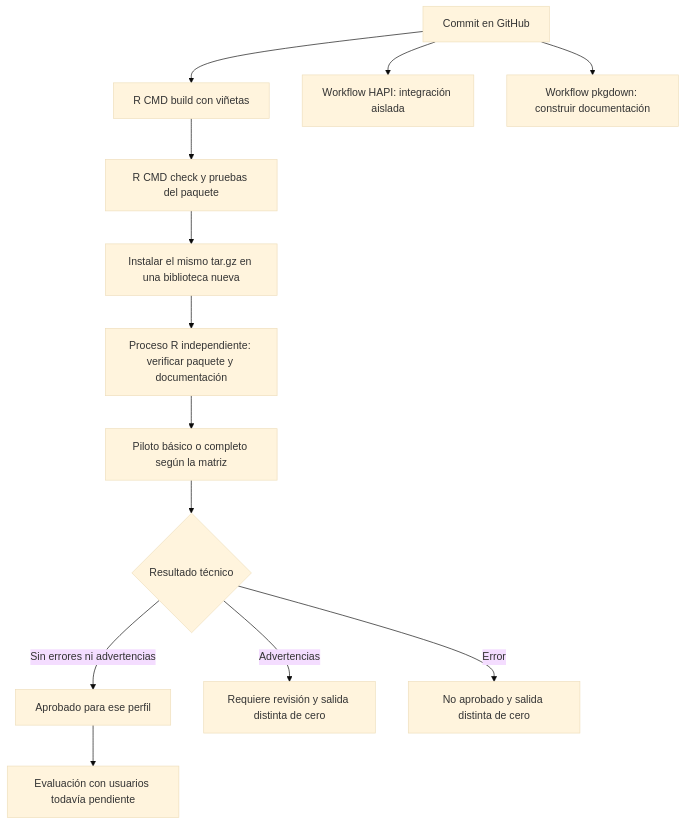
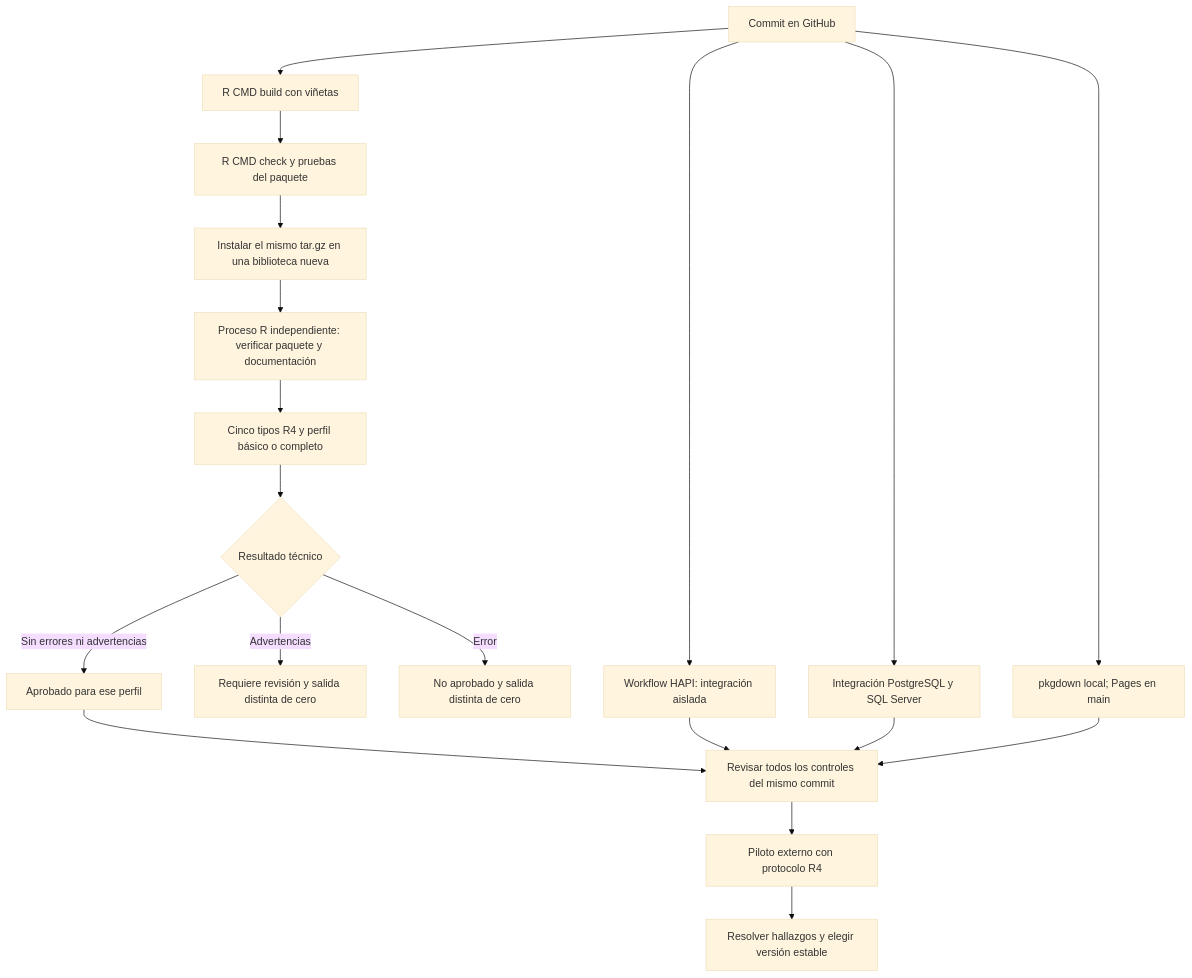
The tenth of 10 diagrams in README.md (f-slg/fhirviews), drawn with Mermaid (base theme) before and after one commit. The commit also changed other lines of this file and 5 other files, not shown here.

Commit message:
Replace opening diagram with Mermaid and document the R4 and Rust scope

````diff
--- a/README.md
+++ b/README.md
@@ -1272,15 +1286,21 @@
 ```mermaid
 flowchart TD
     A["Commit en GitHub"] --> B["R CMD build con viñetas"]
     B --> C["R CMD check y pruebas del paquete"]
     C --> D["Instalar el mismo tar.gz en una biblioteca nueva"]
     D --> E["Proceso R independiente: verificar paquete y documentación"]
-    E --> F["Piloto básico o completo según la matriz"]
+    E --> F["Cinco tipos R4 y perfil básico o completo"]
     F --> G{"Resultado técnico"}
     G -->|"Sin errores ni advertencias"| H["Aprobado para ese perfil"]
     G -->|"Advertencias"| I["Requiere revisión y salida distinta de cero"]
     G -->|"Error"| J["No aprobado y salida distinta de cero"]
     A --> K["Workflow HAPI: integración aislada"]
-    A --> L["Workflow pkgdown: construir documentación"]
-    H --> M["Evaluación con usuarios todavía pendiente"]
+    A --> L["Integración PostgreSQL y SQL Server"]
+    A --> P["pkgdown local; Pages en main"]
+    H --> T["Revisar todos los controles del mismo commit"]
+    K --> T
+    L --> T
+    P --> T
+    T --> M["Piloto externo con protocolo R4"]
+    M --> N["Resolver hallazgos y elegir versión estable"]
 ```
````
